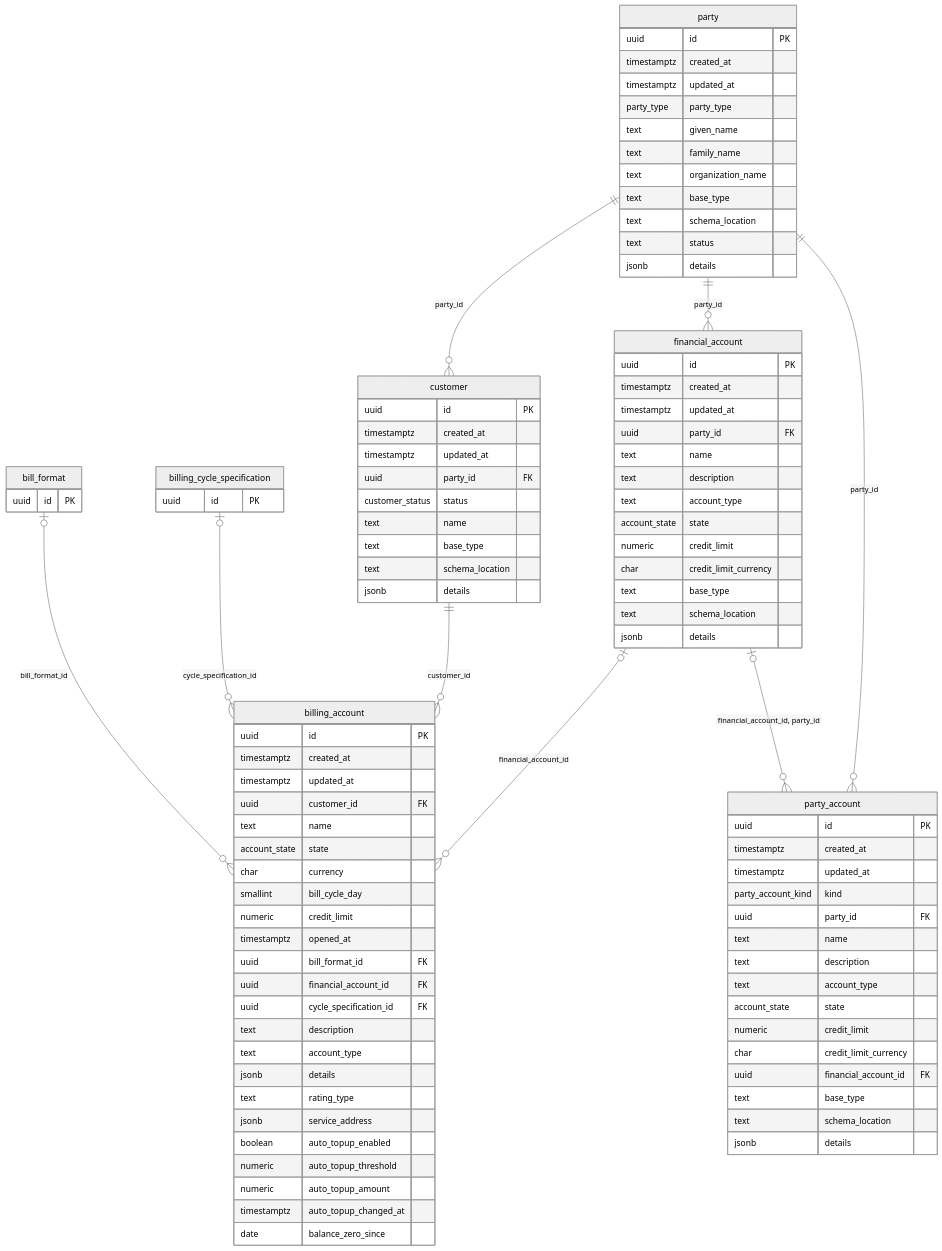
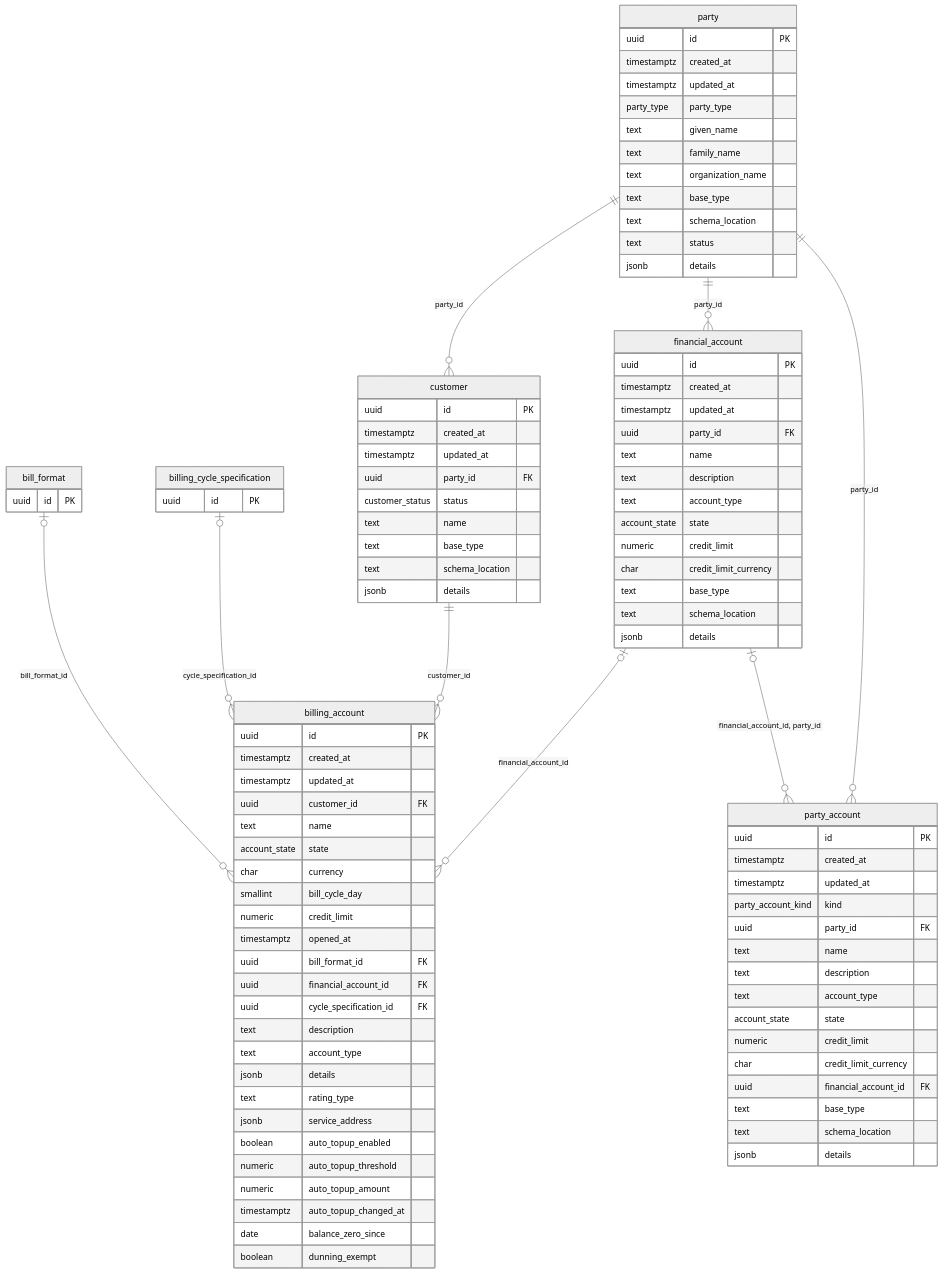
The second of 14 diagrams in docs/db/README.md (altharmz/bss), drawn with Mermaid (neutral theme) before and after one commit. The commit also changed other lines of this file and 39 other files, not shown here.

```diff
--- a/docs/db/README.md
+++ b/docs/db/README.md
@@ -485,6 +490,7 @@
     numeric auto_topup_amount
     timestamptz auto_topup_changed_at
     date balance_zero_since
+    boolean dunning_exempt
   }
   financial_account {
     uuid id PK
```
